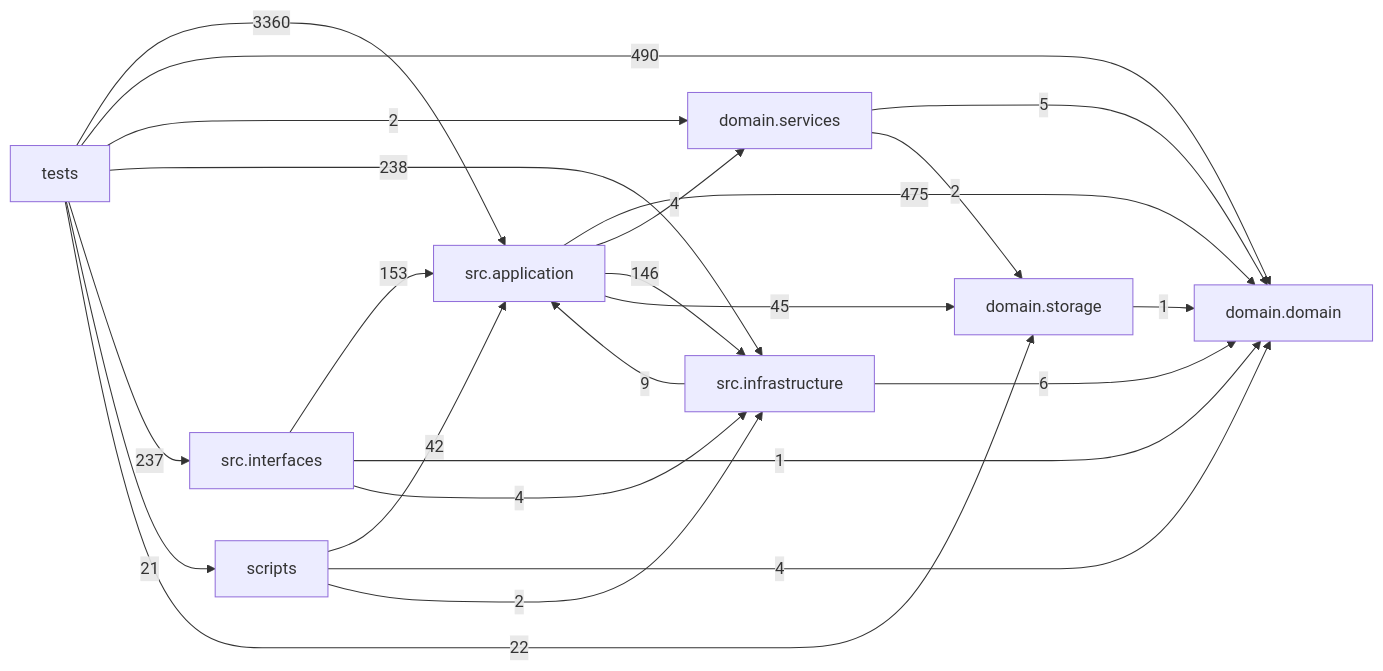
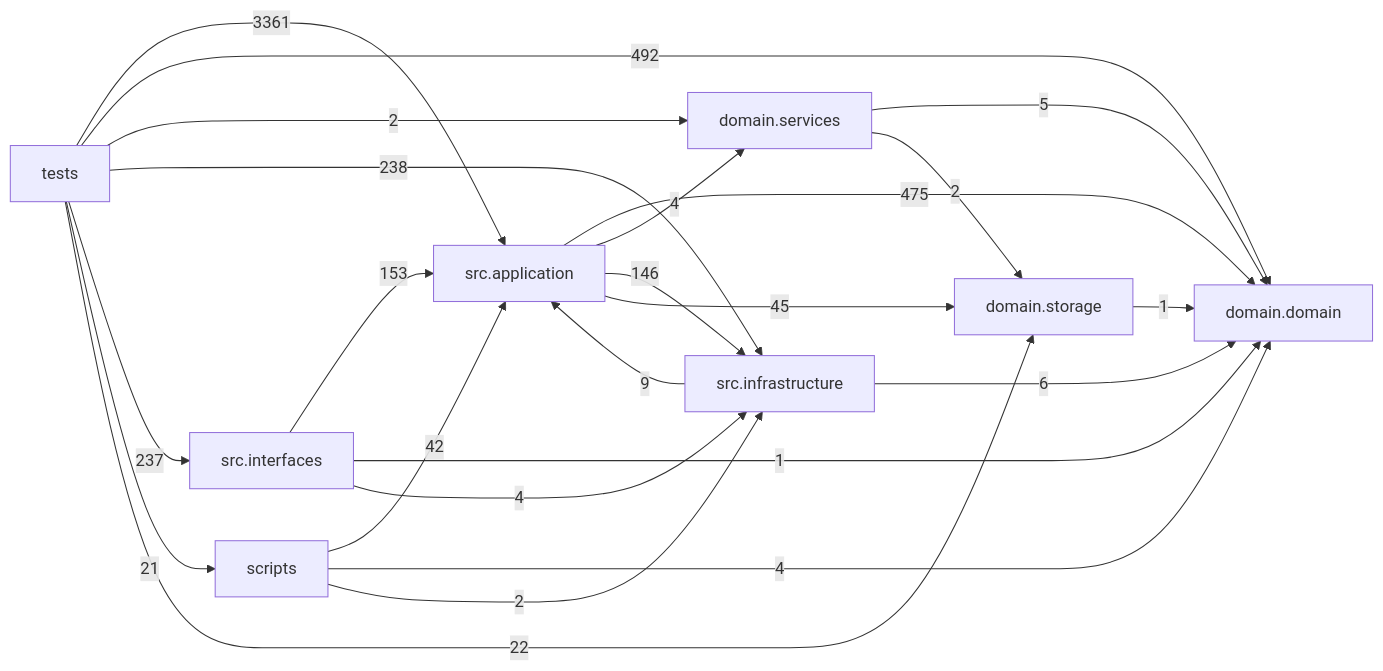
One commit to liuxie066/options-monitor changed the diagram in docs/DEPENDENCY_GRAPH.md. Above: the diagram before and after it, drawn with Mermaid. The commit also changed other lines of this file and 6 other files, not shown here.

````diff
--- a/docs/DEPENDENCY_GRAPH.md
+++ b/docs/DEPENDENCY_GRAPH.md
@@ -24,33 +24,33 @@
 ```mermaid
 flowchart LR
   tests["tests"]
   scripts["scripts"]
   interfaces["src.interfaces"]
   application["src.application"]
   infrastructure["src.infrastructure"]
   domain_services["domain.services"]
   domain["domain.domain"]
   storage["domain.storage"]
   application -->|475| domain
   application -->|4| domain_services
   application -->|146| infrastructure
   application -->|45| storage
   domain_services -->|5| domain
   domain_services -->|2| storage
   infrastructure -->|9| application
   infrastructure -->|6| domain
   interfaces -->|153| application
   interfaces -->|1| domain
   interfaces -->|4| infrastructure
   scripts -->|42| application
   scripts -->|4| domain
   scripts -->|2| infrastructure
   storage -->|1| domain
-  tests -->|3360| application
-  tests -->|490| domain
+  tests -->|3361| application
+  tests -->|492| domain
   tests -->|2| domain_services
   tests -->|238| infrastructure
   tests -->|237| interfaces
   tests -->|21| scripts
   tests -->|22| storage
 ```
````
